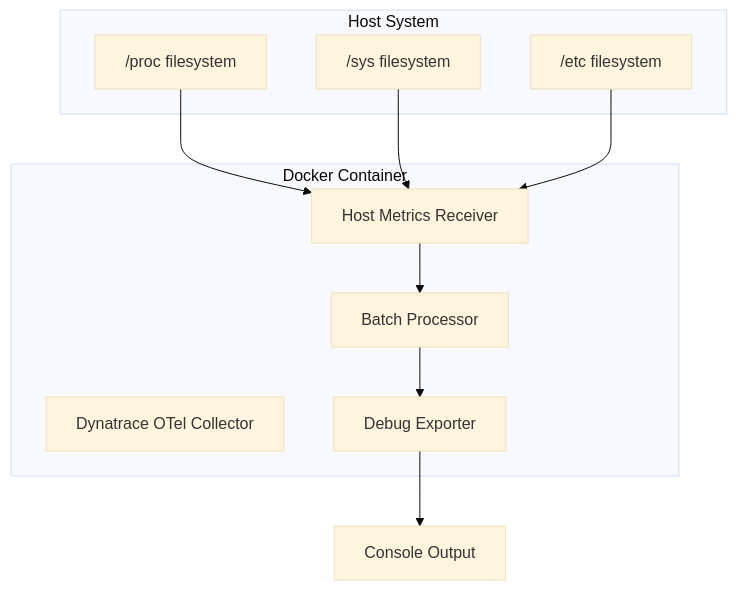
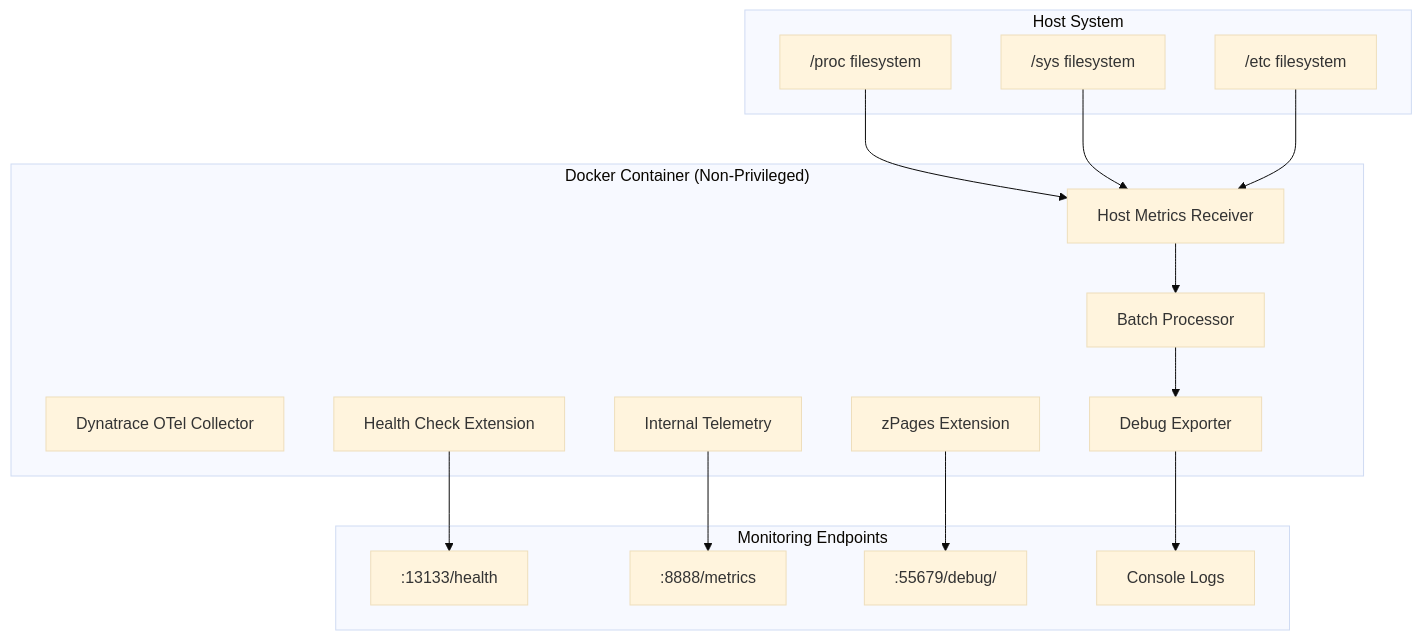
Before and after one commit to strudeau/dynatrace-otel-collector-test: the diagram in docs/ARCHITECTURE.md, drawn with Mermaid (base theme). The commit also changed other lines of this file and 1 other file, not shown here.

````diff
--- a/docs/ARCHITECTURE.md
+++ b/docs/ARCHITECTURE.md
@@ -25,22 +27,35 @@
 ```mermaid
 graph TB
     subgraph "Host System"
         H1["/proc filesystem"]
         H2["/sys filesystem"] 
         H3["/etc filesystem"]
     end
     
-    subgraph "Docker Container"
+    subgraph "Docker Container (Non-Privileged)"
         C1[Dynatrace OTel Collector]
         C2[Host Metrics Receiver]
         C3[Batch Processor]
         C4[Debug Exporter]
+        E1[Health Check Extension]
+        E2[zPages Extension]
+        T1[Internal Telemetry]
+    end
+    
+    subgraph "Monitoring Endpoints"
+        M1[":13133/health"]
+        M2[":8888/metrics"]
+        M3[":55679/debug/"]
+        M4["Console Logs"]
     end
     
     H1 --> C2
     H2 --> C2
     H3 --> C2
     C2 --> C3
     C3 --> C4
-    C4 --> C5[Console Output]
+    C4 --> M4
+    E1 --> M1
+    T1 --> M2
+    E2 --> M3
 ```
````
